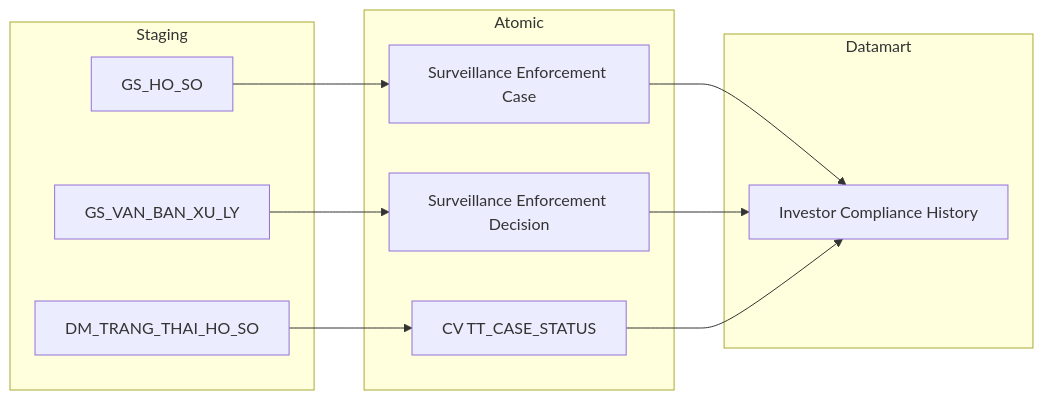
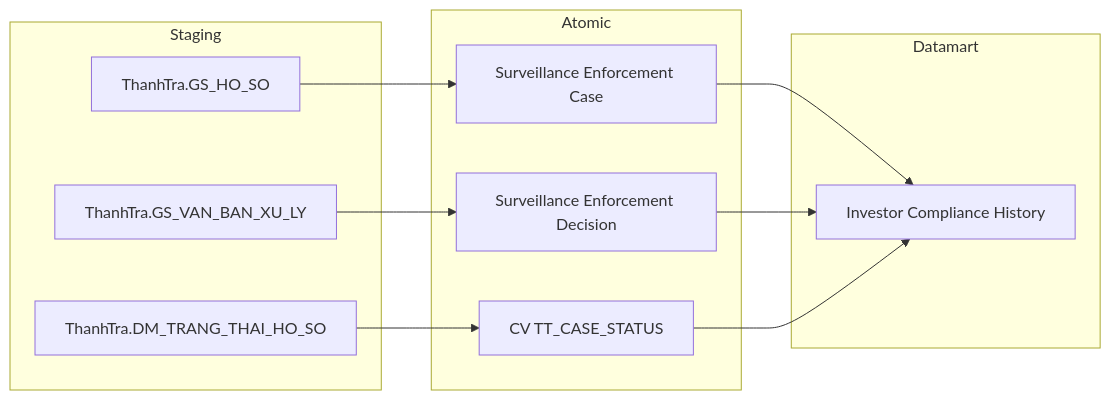
The third of 32 diagrams in Gold/hld/GOLD_NDTNN_HLD.md (linhlvit/ubck_atomic_design), drawn with Mermaid before and after one commit. The commit also changed 1 other file, not shown here.

Commit message:
update design NDTNN

````diff
--- a/Gold/hld/GOLD_NDTNN_HLD.md
+++ b/Gold/hld/GOLD_NDTNN_HLD.md
@@ -110,26 +110,26 @@
 ```mermaid
 flowchart LR
     subgraph SRC["Staging"]
-        S1["GS_HO_SO"]
-        S2["GS_VAN_BAN_XU_LY"]
-        S3["DM_TRANG_THAI_HO_SO"]
+        S1["ThanhTra.GS_HO_SO"]
+        S2["ThanhTra.GS_VAN_BAN_XU_LY"]
+        S3["ThanhTra.DM_TRANG_THAI_HO_SO"]
     end
 
     subgraph SIL["Atomic"]
         SV1["Surveillance Enforcement Case"]
         SV2["Surveillance Enforcement Decision"]
         SV3["CV TT_CASE_STATUS"]
     end
 
     subgraph GOLD["Datamart"]
         G1["Investor Compliance History"]
     end
 
     S1 --> SV1
     S2 --> SV2
     S3 --> SV3
 
     SV1 --> G1
     SV2 --> G1
     SV3 --> G1
 ```
````
